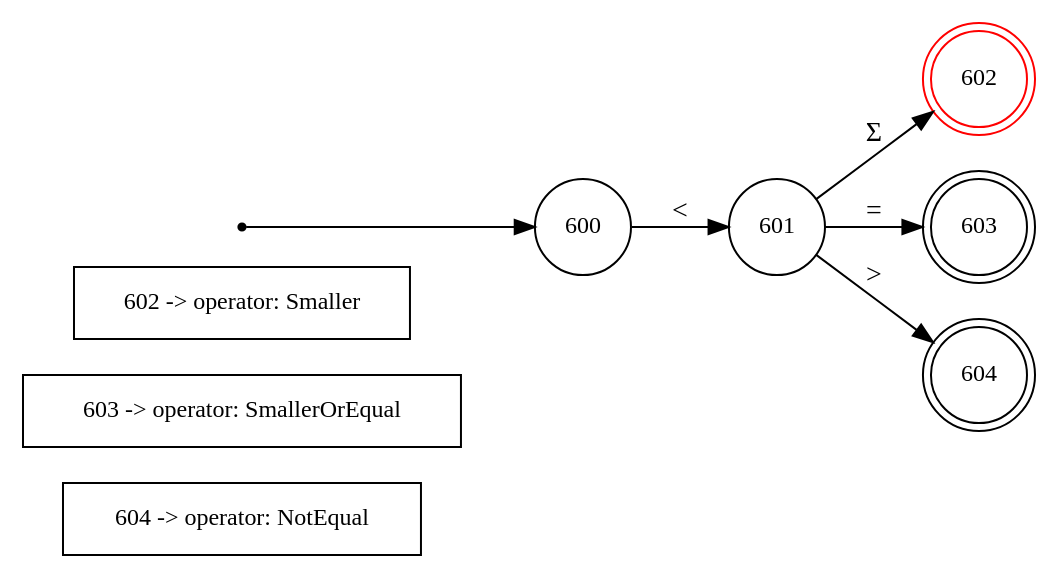
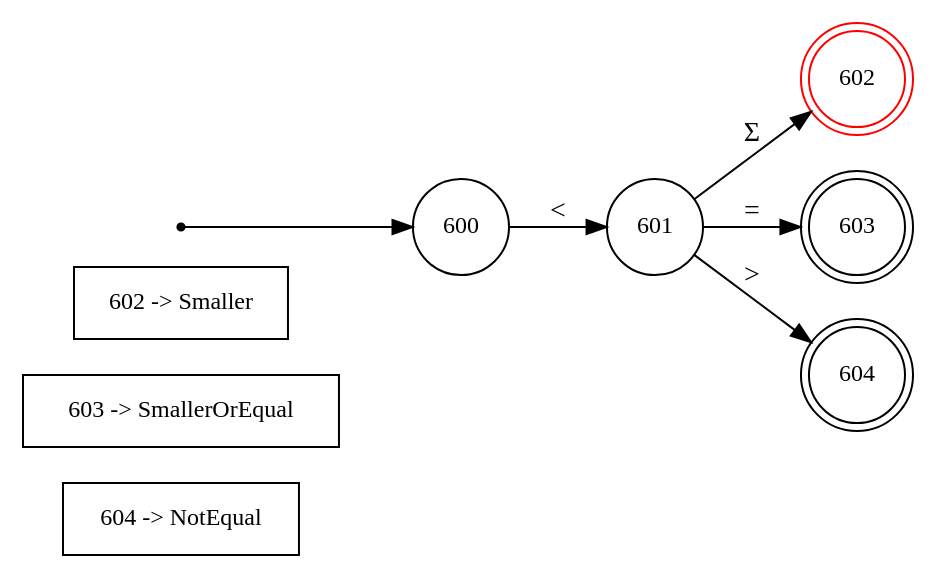
One commit to pag4k/moon_compiler changed the diagram in dfa/smaller.gv. Above: the diagram before and after it, drawn with Graphviz. The commit also changed 59 other files, not shown here.

```diff
--- a/dfa/smaller.gv
+++ b/dfa/smaller.gv
@@ -1,22 +1,22 @@
 digraph finite_state_machine {
 	rankdir=LR;
 	size="8,5"
 
-	node [shape = rectangle, label="604 -> operator: NotEqual", fontsize=12] token604;
-	node [shape = rectangle, label="603 -> operator: SmallerOrEqual", fontsize=12] token603;
-	node [shape = rectangle, label="602 -> operator: Smaller", fontsize=12] token602;
+	node [shape = rectangle, label="604 -> NotEqual", fontsize=12] token604;
+	node [shape = rectangle, label="603 -> SmallerOrEqual", fontsize=12] token603;
+	node [shape = rectangle, label="602 -> Smaller", fontsize=12] token602;
 
 	node [shape = circle, label="600", fontsize=12, color=black] 600;
 	node [shape = circle, label="601", fontsize=12, color=black] 601;
 	node [shape = doublecircle, label="602", fontsize=12, color=red] 602;
 	node [shape = doublecircle, label="603", fontsize=12, color=black] 603;
 	node [shape = doublecircle, label="604", fontsize=12, color=black] 604;
 
 	node [shape = point, color=black] q0;
 	q0	->	600;
 
 	601	->	602	[ label = "Σ" ];
+	600	->	601	[ label = "<" ];
+	601	->	603	[ label = "=" ];
 	601	->	604	[ label = ">" ];
-	601	->	603	[ label = "=" ];
-	600	->	601	[ label = "<" ];
 }
```
